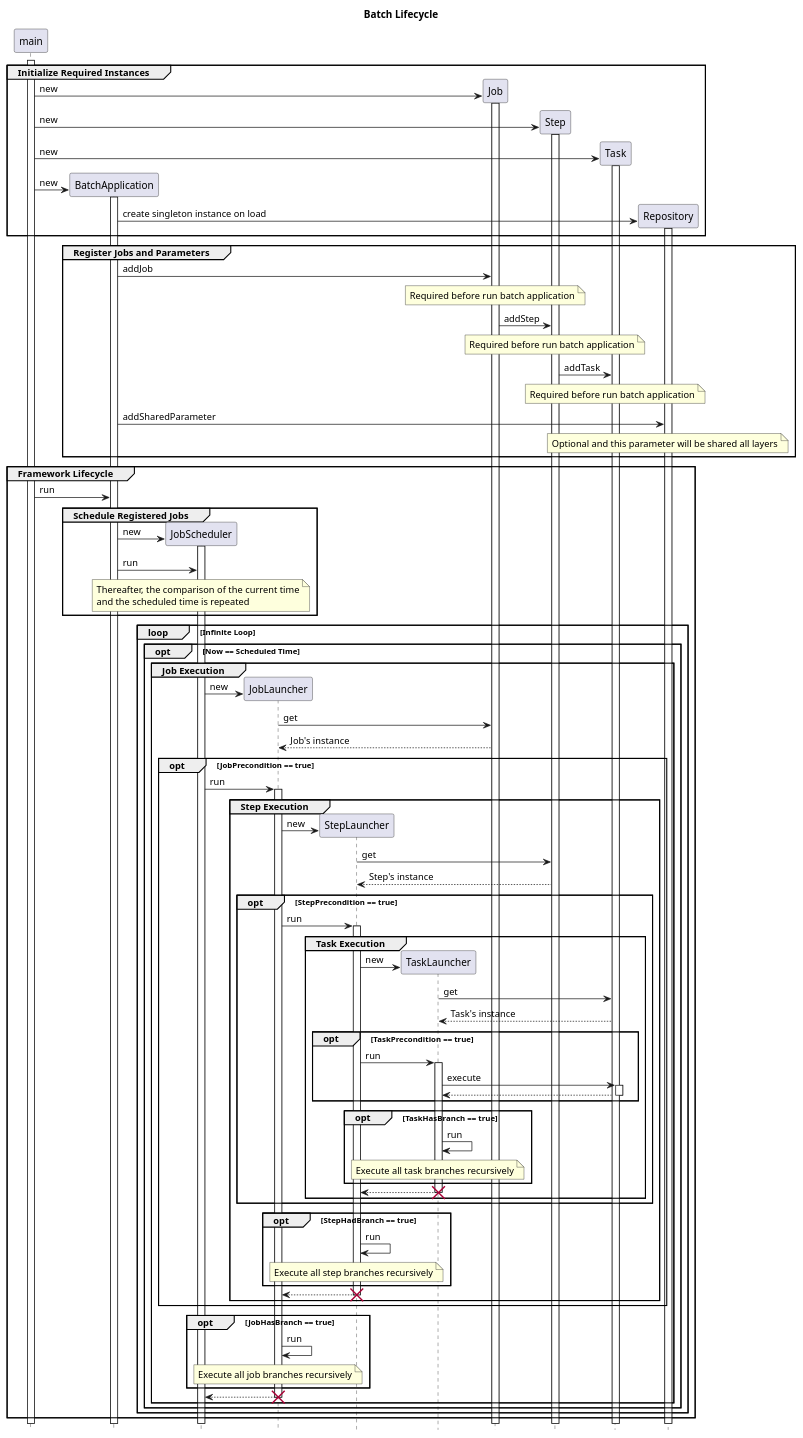
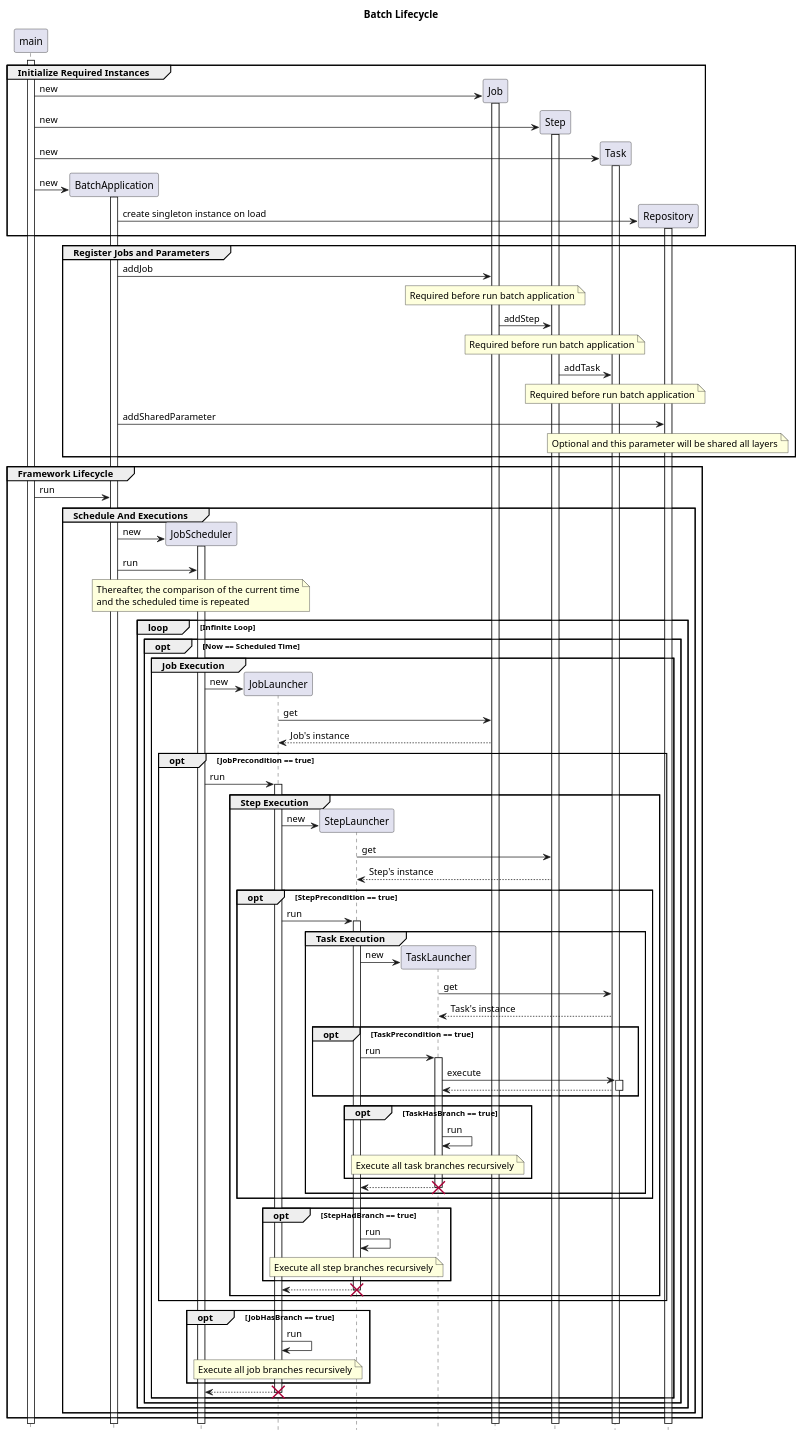
The diagram in design/sequence.pu (runchise/batch.dart), drawn with PlantUML before and after one commit. The commit also changed 4 other files, not shown here.

```diff
--- a/design/sequence.pu
+++ b/design/sequence.pu
@@ -1,139 +1,138 @@
 @startuml Batch Lifecycle
 title Batch Lifecycle
 
 hide footbox
 participant main
 participant BatchApplication
 participant JobScheduler
 participant JobLauncher
 participant StepLauncher
 participant TaskLauncher
 participant Job
 participant Step
 participant Task
 participant Repository
 
 activate main
 
 group Initialize Required Instances
     create Job
     main -> Job: new
     activate Job
     create Step
     main -> Step: new
     activate Step
 
     create Task
     main -> Task: new
     activate Task
 
     create BatchApplication
     main -> BatchApplication: new
     activate BatchApplication
     create Repository
     BatchApplication -> Repository: create singleton instance on load
     activate Repository
 end
 
 group Register Jobs and Parameters
     BatchApplication -> Job: addJob
     note over Job: Required before run batch application
 
     Job -> Step: addStep
     note over Step: Required before run batch application
 
     Step -> Task: addTask
     note over Task: Required before run batch application
 
     BatchApplication -> Repository: addSharedParameter
     note over Repository: Optional and this parameter will be shared all layers
 end
 
-
 group Framework Lifecycle
     main -> BatchApplication: run
 
-    group Schedule Registered Jobs
+    group Schedule And Executions
         create JobScheduler
         BatchApplication -> JobScheduler: new
         activate JobScheduler
 
         BatchApplication -> JobScheduler: run
         note over JobScheduler
             Thereafter, the comparison of the current time
             and the scheduled time is repeated
         end note
-    end
 
-    loop Infinite Loop
-        opt Now == Scheduled Time
-            group Job Execution
-                create JobLauncher
-                JobScheduler -> JobLauncher: new
-                JobLauncher -> Job: get
-                JobLauncher <-- Job: Job's instance
+        loop Infinite Loop
+            opt Now == Scheduled Time
+                group Job Execution
+                    create JobLauncher
+                    JobScheduler -> JobLauncher: new
+                    JobLauncher -> Job: get
+                    JobLauncher <-- Job: Job's instance
 
-                opt JobPrecondition == true
-                    JobScheduler -> JobLauncher: run
+                    opt JobPrecondition == true
+                        JobScheduler -> JobLauncher: run
 
-                    activate JobLauncher
+                        activate JobLauncher
 
-                    group Step Execution
-                        create StepLauncher
-                        JobLauncher -> StepLauncher: new
-                        StepLauncher -> Step: get
-                        StepLauncher <-- Step: Step's instance
+                        group Step Execution
+                            create StepLauncher
+                            JobLauncher -> StepLauncher: new
+                            StepLauncher -> Step: get
+                            StepLauncher <-- Step: Step's instance
 
-                        opt StepPrecondition == true
-                            JobLauncher -> StepLauncher: run
-                            activate StepLauncher
+                            opt StepPrecondition == true
+                                JobLauncher -> StepLauncher: run
+                                activate StepLauncher
 
-                            group Task Execution
-                                create TaskLauncher
-                                StepLauncher -> TaskLauncher: new
-                                TaskLauncher -> Task: get
-                                TaskLauncher <-- Task: Task's instance
+                                group Task Execution
+                                    create TaskLauncher
+                                    StepLauncher -> TaskLauncher: new
+                                    TaskLauncher -> Task: get
+                                    TaskLauncher <-- Task: Task's instance
 
-                                opt TaskPrecondition == true
-                                    StepLauncher -> TaskLauncher: run
-                                    activate TaskLauncher
-                                    TaskLauncher -> Task: execute
-                                    activate Task
-                                    TaskLauncher <-- Task
-                                    deactivate Task
+                                    opt TaskPrecondition == true
+                                        StepLauncher -> TaskLauncher: run
+                                        activate TaskLauncher
+                                        TaskLauncher -> Task: execute
+                                        activate Task
+                                        TaskLauncher <-- Task
+                                        deactivate Task
+                                    end
+
+                                    opt TaskHasBranch == true
+                                        TaskLauncher -> TaskLauncher: run
+                                        note over TaskLauncher: Execute all task branches recursively
+                                    end
+                                                                                                        StepLauncher <-- TaskLauncher
+                                    deactivate TaskLauncher
+                                    destroy TaskLauncher
                                 end
+                            end
 
-                                opt TaskHasBranch == true
-                                    TaskLauncher -> TaskLauncher: run
-                                    note over TaskLauncher: Execute all task branches recursively
-                                end
-                                                                                                    StepLauncher <-- TaskLauncher
-                                deactivate TaskLauncher
-                                destroy TaskLauncher
+                            opt StepHadBranch == true
+                                StepLauncher -> StepLauncher: run
+                                note over StepLauncher: Execute all step branches recursively
                             end
+
+                            JobLauncher <-- StepLauncher
+                            deactivate StepLauncher
+                            destroy StepLauncher
                         end
+                    end
 
-                        opt StepHadBranch == true
-                            StepLauncher -> StepLauncher: run
-                            note over StepLauncher: Execute all step branches recursively
-                        end
+                    opt JobHasBranch == true
+                        JobLauncher -> JobLauncher: run
+                        note over JobLauncher: Execute all job branches recursively
+                    end
 
-                        JobLauncher <-- StepLauncher
-                        deactivate StepLauncher
-                        destroy StepLauncher
-                    end
+                    JobScheduler <-- JobLauncher
+                    deactivate JobLauncher
+                    destroy JobLauncher
                 end
-
-                opt JobHasBranch == true
-                    JobLauncher -> JobLauncher: run
-                    note over JobLauncher: Execute all job branches recursively
-                end
-
-                JobScheduler <-- JobLauncher
-                deactivate JobLauncher
-                destroy JobLauncher
             end
         end
     end
 end
 @enduml
```
